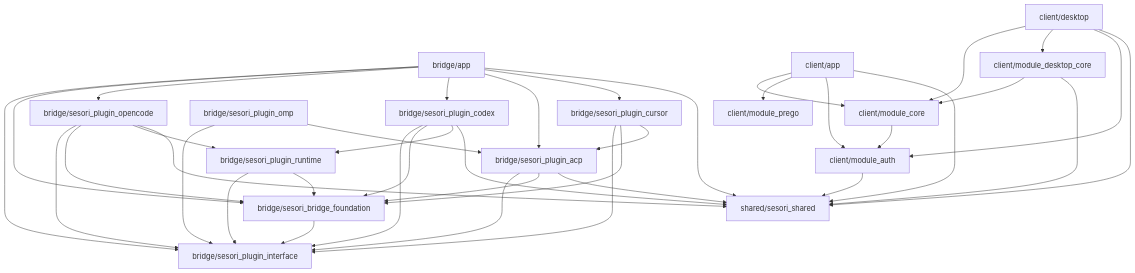
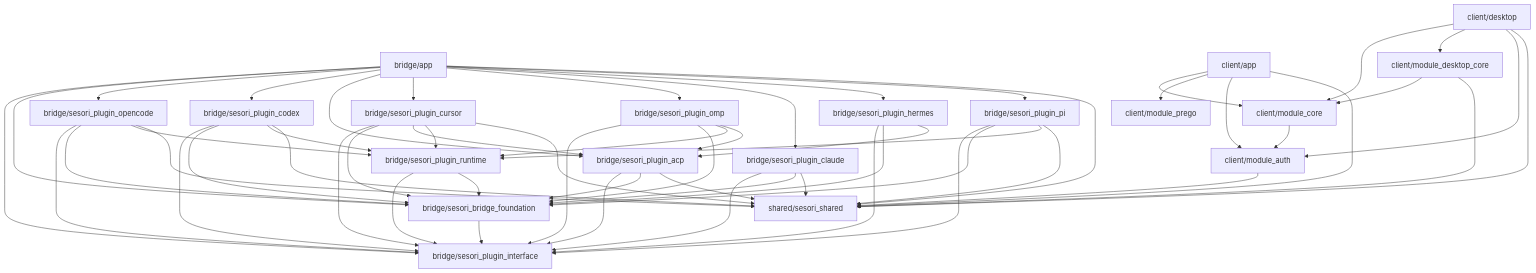
Before and after one commit to continued-agent/sesori_apps_monorepo: the first of 2 diagrams in docs/ARCHITECTURE.md, drawn with Mermaid. The commit also changed other lines of this file and 19 other files, not shown here.

````diff
--- a/docs/ARCHITECTURE.md
+++ b/docs/ARCHITECTURE.md
@@ -36,42 +39,60 @@
 ```mermaid
 graph TD
   bridge_app[bridge/app] --> sesori_plugin_interface[bridge/sesori_plugin_interface]
   bridge_app --> sesori_bridge_foundation[bridge/sesori_bridge_foundation]
   bridge_app --> sesori_plugin_opencode[bridge/sesori_plugin_opencode]
   bridge_app --> sesori_plugin_codex[bridge/sesori_plugin_codex]
   bridge_app --> sesori_plugin_acp[bridge/sesori_plugin_acp]
   bridge_app --> sesori_plugin_cursor[bridge/sesori_plugin_cursor]
+  bridge_app --> sesori_plugin_omp[bridge/sesori_plugin_omp]
+  bridge_app --> sesori_plugin_claude[bridge/sesori_plugin_claude]
+  bridge_app --> sesori_plugin_hermes[bridge/sesori_plugin_hermes]
+  bridge_app --> sesori_plugin_pi[bridge/sesori_plugin_pi]
   bridge_app --> sesori_shared[shared/sesori_shared]
   sesori_bridge_foundation --> sesori_plugin_interface
   sesori_plugin_runtime[bridge/sesori_plugin_runtime] --> sesori_plugin_interface
   sesori_plugin_runtime --> sesori_bridge_foundation
   sesori_plugin_opencode --> sesori_plugin_interface
   sesori_plugin_opencode --> sesori_bridge_foundation
   sesori_plugin_opencode --> sesori_plugin_runtime
   sesori_plugin_opencode --> sesori_shared
   sesori_plugin_codex --> sesori_plugin_interface
   sesori_plugin_codex --> sesori_bridge_foundation
   sesori_plugin_codex --> sesori_plugin_runtime
   sesori_plugin_codex --> sesori_shared
   sesori_plugin_acp --> sesori_plugin_interface
   sesori_plugin_acp --> sesori_bridge_foundation
   sesori_plugin_acp --> sesori_shared
   sesori_plugin_cursor --> sesori_plugin_interface
   sesori_plugin_cursor --> sesori_bridge_foundation
   sesori_plugin_cursor --> sesori_plugin_acp
-  sesori_plugin_omp[bridge/sesori_plugin_omp] --> sesori_plugin_interface
+  sesori_plugin_cursor --> sesori_plugin_runtime
+  sesori_plugin_cursor --> sesori_shared
+  sesori_plugin_omp --> sesori_plugin_interface
+  sesori_plugin_omp --> sesori_bridge_foundation
+  sesori_plugin_omp --> sesori_plugin_runtime
   sesori_plugin_omp --> sesori_plugin_acp
+  sesori_plugin_claude --> sesori_plugin_interface
+  sesori_plugin_claude --> sesori_bridge_foundation
+  sesori_plugin_claude --> sesori_shared
+  sesori_plugin_hermes --> sesori_plugin_interface
+  sesori_plugin_hermes --> sesori_bridge_foundation
+  sesori_plugin_hermes --> sesori_plugin_acp
+  sesori_plugin_pi --> sesori_plugin_interface
+  sesori_plugin_pi --> sesori_bridge_foundation
+  sesori_plugin_pi --> sesori_plugin_runtime
+  sesori_plugin_pi --> sesori_shared
 
   mobile_app[client/app] --> module_core[client/module_core]
   mobile_app --> module_prego[client/module_prego]
   mobile_app --> module_auth[client/module_auth]
   mobile_app --> sesori_shared
   desktop_app[client/desktop] --> module_core
   desktop_app --> module_desktop_core[client/module_desktop_core]
   desktop_app --> module_auth
   desktop_app --> sesori_shared
   module_desktop_core --> module_core
   module_desktop_core --> sesori_shared
   module_core --> module_auth
   module_auth --> sesori_shared
 ```
````
